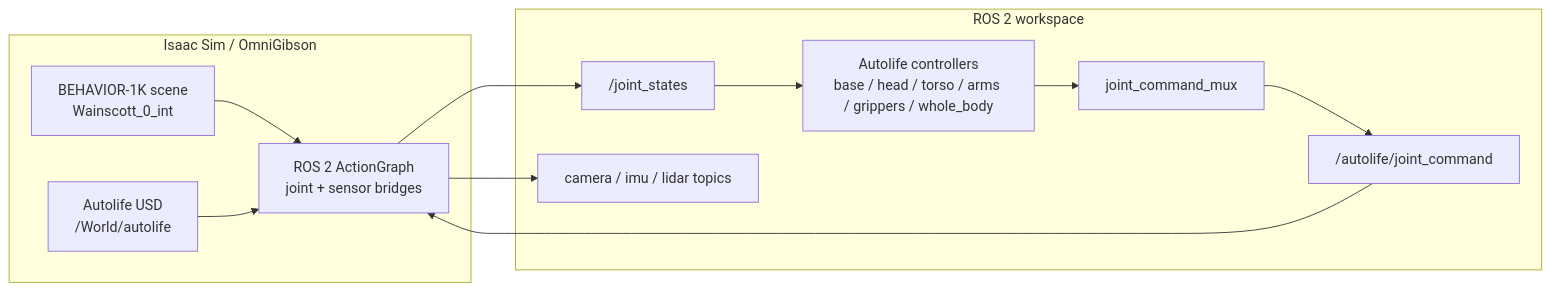
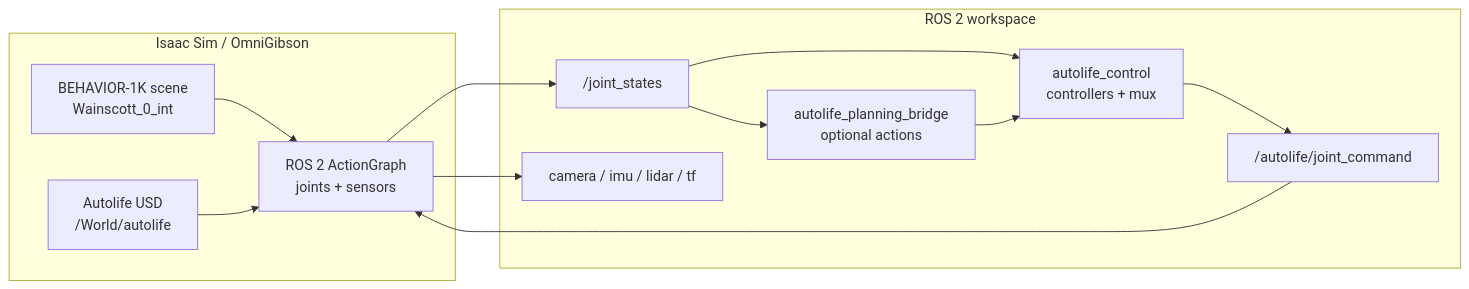
Before and after one commit to jiaxuan0lin0/Autolife_Sim: the diagram in README.md, drawn with Mermaid. The commit also changed other lines of this file and 35 other files, not shown here.

Commit message:
feat: integrate with autolife-planning and add lightwhell asset

````diff
--- a/README.md
+++ b/README.md
@@ -30,25 +22,26 @@
 ```mermaid
 flowchart LR
     subgraph Sim["Isaac Sim / OmniGibson"]
-        A["BEHAVIOR-1K scene<br/>Wainscott_0_int"]
-        B["Autolife USD<br/>/World/autolife"]
-        C["ROS 2 ActionGraph<br/>joint + sensor bridges"]
+        Scene["BEHAVIOR-1K scene<br/>Wainscott_0_int"]
+        Robot["Autolife USD<br/>/World/autolife"]
+        Bridge["ROS 2 ActionGraph<br/>joints + sensors"]
     end
 
     subgraph ROS["ROS 2 workspace"]
-        D["/joint_states"]
-        E["Autolife controllers<br/>base / head / torso / arms / grippers / whole_body"]
-        F["joint_command_mux"]
-        G["/autolife/joint_command"]
-        H["camera / imu / lidar topics"]
+        State["/joint_states"]
+        Control["autolife_control<br/>controllers + mux"]
+        Command["/autolife/joint_command"]
+        Sensors["camera / imu / lidar / tf"]
+        Planning["autolife_planning_bridge<br/>optional actions"]
     end
 
-    A --> C
-    B --> C
-    C --> D
-    D --> E
-    E --> F
-    F --> G
-    G --> C
-    C --> H
+    Scene --> Bridge
+    Robot --> Bridge
+    Bridge --> State
+    State --> Control
+    State --> Planning
+    Planning --> Control
+    Control --> Command
+    Command --> Bridge
+    Bridge --> Sensors
 ```
````
